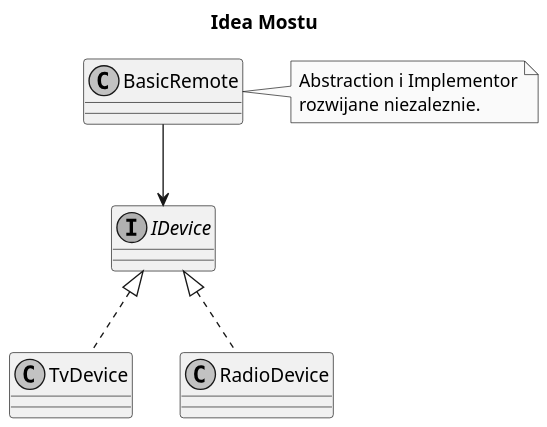
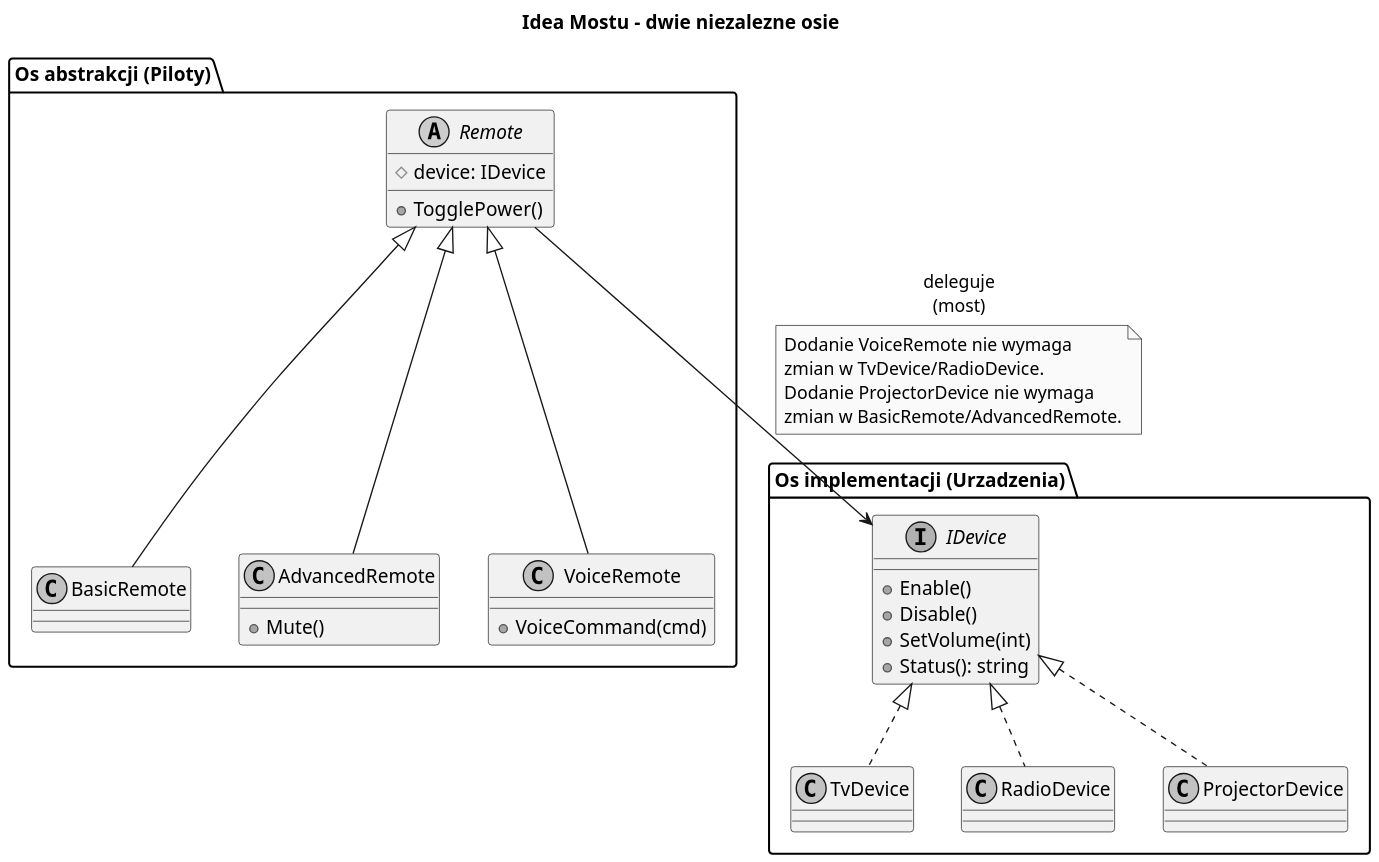
Before and after one commit to tborzyszkowski/DesignPatterns: the diagram in src/09-most/01-idea-i-kontekst/diagrams/02-idea.puml, drawn with PlantUML. The commit also changed 9 other files, not shown here.

```diff
--- a/src/09-most/01-idea-i-kontekst/diagrams/02-idea.puml
+++ b/src/09-most/01-idea-i-kontekst/diagrams/02-idea.puml
@@ -1,21 +1,48 @@
 @startuml bridge_idea
-title Idea Mostu
+title Idea Mostu - dwie niezalezne osie
 
 skinparam monochrome true
 skinparam dpi 150
 
-class BasicRemote
-interface IDevice
-class TvDevice
-class RadioDevice
+package "Os abstrakcji (Piloty)" {
+    abstract class Remote {
+        # device: IDevice
+        + TogglePower()
+    }
+    class BasicRemote
+    class AdvancedRemote {
+        + Mute()
+    }
+    class VoiceRemote {
+        + VoiceCommand(cmd)
+    }
+    Remote <|-- BasicRemote
+    Remote <|-- AdvancedRemote
+    Remote <|-- VoiceRemote
+}
 
-BasicRemote --> IDevice
-IDevice <|.. TvDevice
-IDevice <|.. RadioDevice
+package "Os implementacji (Urzadzenia)" {
+    interface IDevice {
+        + Enable()
+        + Disable()
+        + SetVolume(int)
+        + Status(): string
+    }
+    class TvDevice
+    class RadioDevice
+    class ProjectorDevice
+    IDevice <|.. TvDevice
+    IDevice <|.. RadioDevice
+    IDevice <|.. ProjectorDevice
+}
 
-note right of BasicRemote
-Abstraction i Implementor
-rozwijane niezaleznie.
+Remote --> IDevice : deleguje\n(most)
+
+note on link
+  Dodanie VoiceRemote nie wymaga
+  zmian w TvDevice/RadioDevice.
+  Dodanie ProjectorDevice nie wymaga
+  zmian w BasicRemote/AdvancedRemote.
 end note
 
 @enduml
```
